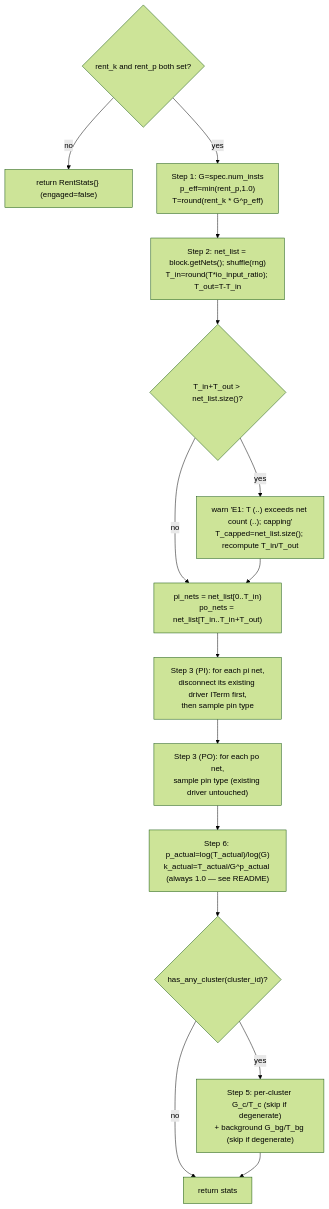
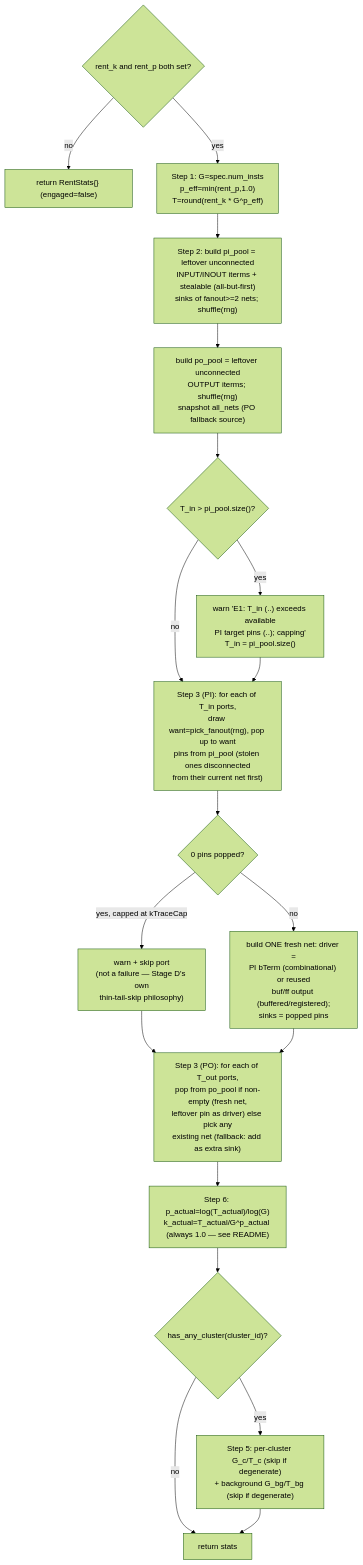
One commit to rfive88/eda-lab changed the tenth of 16 diagrams in src/engines/netlistgen/FLOW.md. Above: the diagram before and after it, drawn with Mermaid (forest theme). The commit also changed other lines of this file and 6 other files, not shown here.

````diff
--- a/src/engines/netlistgen/FLOW.md
+++ b/src/engines/netlistgen/FLOW.md
@@ -369,17 +376,21 @@
 ```mermaid
 graph TD
   chk{"rent_k and rent_p both set?"} -->|no| noop["return RentStats{} (engaged=false)"]
   chk -->|yes| t1["Step 1: G=spec.num_insts<br/>p_eff=min(rent_p,1.0)<br/>T=round(rent_k * G^p_eff)"]
-  t1 --> t2["Step 2: net_list = block.getNets(); shuffle(rng)<br/>T_in=round(T*io_input_ratio); T_out=T-T_in"]
-  t2 --> cap{"T_in+T_out > net_list.size()?"}
-  cap -->|yes| warn["warn 'E1: T (..) exceeds net count (..); capping'<br/>T_capped=net_list.size(); recompute T_in/T_out"]
-  cap -->|no| slice
-  warn --> slice["pi_nets = net_list[0..T_in)<br/>po_nets = net_list[T_in..T_in+T_out)"]
-  slice --> pi["Step 3 (PI): for each pi net,<br/>disconnect its existing driver ITerm first,<br/>then sample pin type"]
-  pi --> po["Step 3 (PO): for each po net,<br/>sample pin type (existing driver untouched)"]
+  t1 --> t2["Step 2: build pi_pool = leftover unconnected<br/>INPUT/INOUT iterms + stealable (all-but-first)<br/>sinks of fanout>=2 nets; shuffle(rng)"]
+  t2 --> t2b["build po_pool = leftover unconnected<br/>OUTPUT iterms; shuffle(rng)<br/>snapshot all_nets (PO fallback source)"]
+  t2b --> cap{"T_in > pi_pool.size()?"}
+  cap -->|yes| warn["warn 'E1: T_in (..) exceeds available<br/>PI target pins (..); capping'<br/>T_in = pi_pool.size()"]
+  cap -->|no| pi
+  warn --> pi["Step 3 (PI): for each of T_in ports,<br/>draw want=pick_fanout(rng), pop up to want<br/>pins from pi_pool (stolen ones disconnected<br/>from their current net first)"]
+  pi --> piskip{"0 pins popped?"}
+  piskip -->|yes, capped at kTraceCap| skippi["warn + skip port<br/>(not a failure — Stage D's own<br/>thin-tail-skip philosophy)"]
+  piskip -->|no| pinet["build ONE fresh net: driver =<br/>PI bTerm (combinational) or reused<br/>buf/ff output (buffered/registered);<br/>sinks = popped pins"]
+  skippi --> po
+  pinet --> po["Step 3 (PO): for each of T_out ports,<br/>pop from po_pool if non-empty (fresh net,<br/>leftover pin as driver) else pick any<br/>existing net (fallback: add as extra sink)"]
   po --> s6["Step 6: p_actual=log(T_actual)/log(G)<br/>k_actual=T_actual/G^p_actual (always 1.0 — see README)"]
   s6 --> s5{"has_any_cluster(cluster_id)?"}
   s5 -->|no| ret["return stats"]
   s5 -->|yes| clu["Step 5: per-cluster G_c/T_c (skip if degenerate)<br/>+ background G_bg/T_bg (skip if degenerate)"]
   clu --> ret
 ```
````
